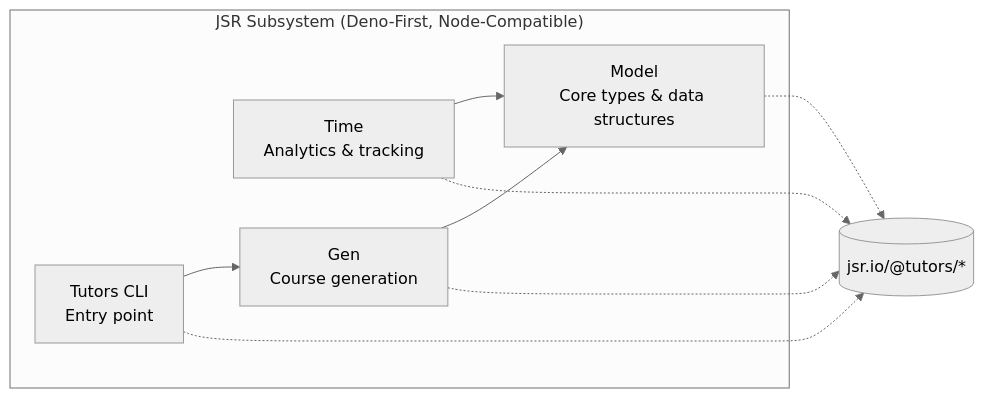
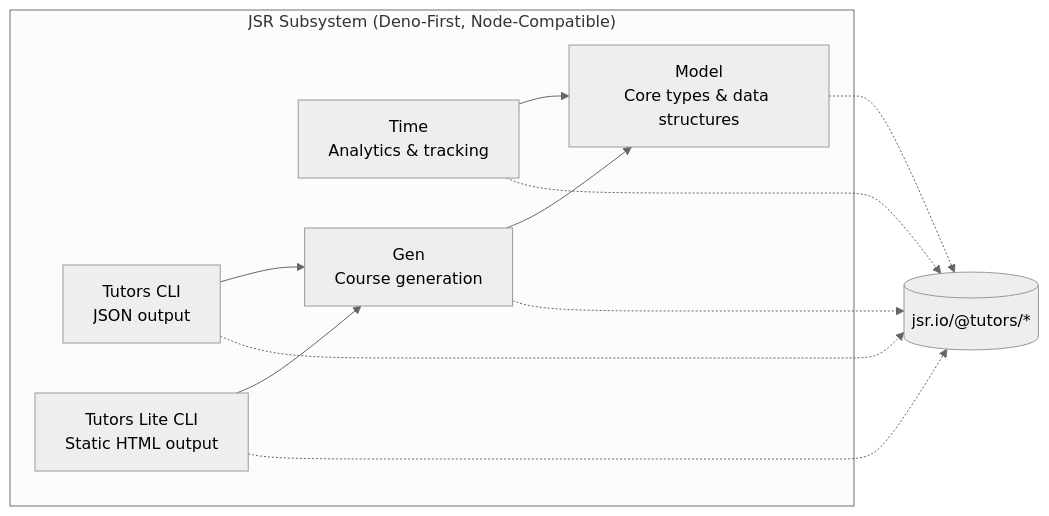
Before and after one commit to tutors-sdk/tutors-reference-manual: the fifth of 14 diagrams in unit-4-dev/note-architecture/note-architecture.md, drawn with Mermaid (neutral theme). The commit also changed other lines of this file and 10 other files, not shown here.

````diff
--- a/unit-4-dev/note-architecture/note-architecture.md
+++ b/unit-4-dev/note-architecture/note-architecture.md
@@ -276,19 +282,22 @@
 ```mermaid
 graph LR
   subgraph JSR["JSR Subsystem (Deno-First, Node-Compatible)"]
     model["Model<br/>Core types & data structures"]
     time["Time<br/>Analytics & tracking"]
     gen["Gen<br/>Course generation"]
-    tutors["Tutors CLI<br/>Entry point"]
+    tutors["Tutors CLI<br/>JSON output"]
+    tutors_lite["Tutors Lite CLI<br/>Static HTML output"]
   end
 
   tutors --> gen
+  tutors_lite --> gen
   gen --> model
   time --> model
 
   jsr_registry[("jsr.io/@tutors/*")]
   model -.-> jsr_registry
   time -.-> jsr_registry
   gen -.-> jsr_registry
   tutors -.-> jsr_registry
+  tutors_lite -.-> jsr_registry
 ```
````
